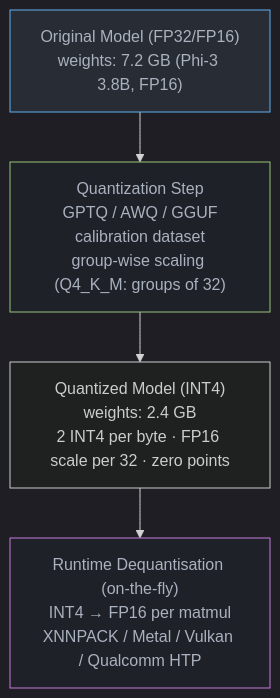
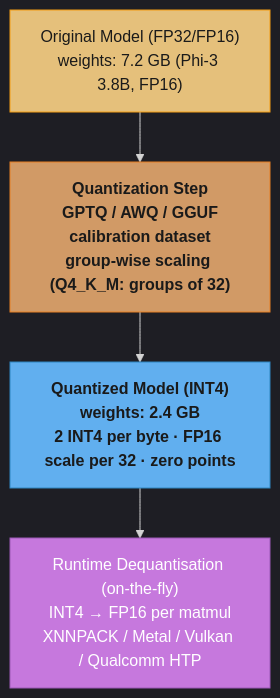
Before and after one commit to rppol/system-design: the diagram in src/main/java/com/rutik/systemdesign/llm/small_language_models_and_edge_ai/README.md, drawn with Mermaid. The commit also changed 88 other files, not shown here.

````diff
--- a/src/main/java/com/rutik/systemdesign/llm/small_language_models_and_edge_ai/README.md
+++ b/src/main/java/com/rutik/systemdesign/llm/small_language_models_and_edge_ai/README.md
@@ -202,19 +202,23 @@
 ```mermaid
 %%{init: {'flowchart': {'curve': 'basis'}, 'theme': 'dark'}}%%
 flowchart TD
-    classDef io   fill:#282c34,stroke:#61afef,color:#abb2bf
-    classDef proc fill:#1e2127,stroke:#98c379,color:#abb2bf
-    classDef llm  fill:#1e2127,stroke:#c678dd,color:#abb2bf
+    classDef io      fill:#61afef,stroke:#2e86c1,color:#1a1a1a,font-weight:bold
+    classDef frozen  fill:#c678dd,stroke:#9b59b6,color:#fff
+    classDef train   fill:#98c379,stroke:#27ae60,color:#1a1a1a
+    classDef mathOp  fill:#d19a66,stroke:#e67e22,color:#1a1a1a,font-weight:bold
+    classDef lossN   fill:#e06c75,stroke:#c0392b,color:#fff,font-weight:bold
+    classDef req     fill:#56b6c2,stroke:#0097a7,color:#1a1a1a
+    classDef base    fill:#e5c07b,stroke:#f39c12,color:#1a1a1a
 
     OG["Original Model (FP32/FP16)\nweights: 7.2 GB (Phi-3 3.8B, FP16)"]
     QUANT["Quantization Step\nGPTQ / AWQ / GGUF\ncalibration dataset\ngroup-wise scaling (Q4_K_M: groups of 32)"]
     INT4["Quantized Model (INT4)\nweights: 2.4 GB\n2 INT4 per byte · FP16 scale per 32 · zero points"]
     DEQU["Runtime Dequantisation (on-the-fly)\nINT4 → FP16 per matmul\nXNNPACK / Metal / Vulkan / Qualcomm HTP"]
 
     OG --> QUANT --> INT4 --> DEQU
 
-    class OG io
-    class QUANT proc
-    class INT4 store
-    class DEQU llm
+    class OG base
+    class QUANT mathOp
+    class INT4 io
+    class DEQU frozen
 ```
````
